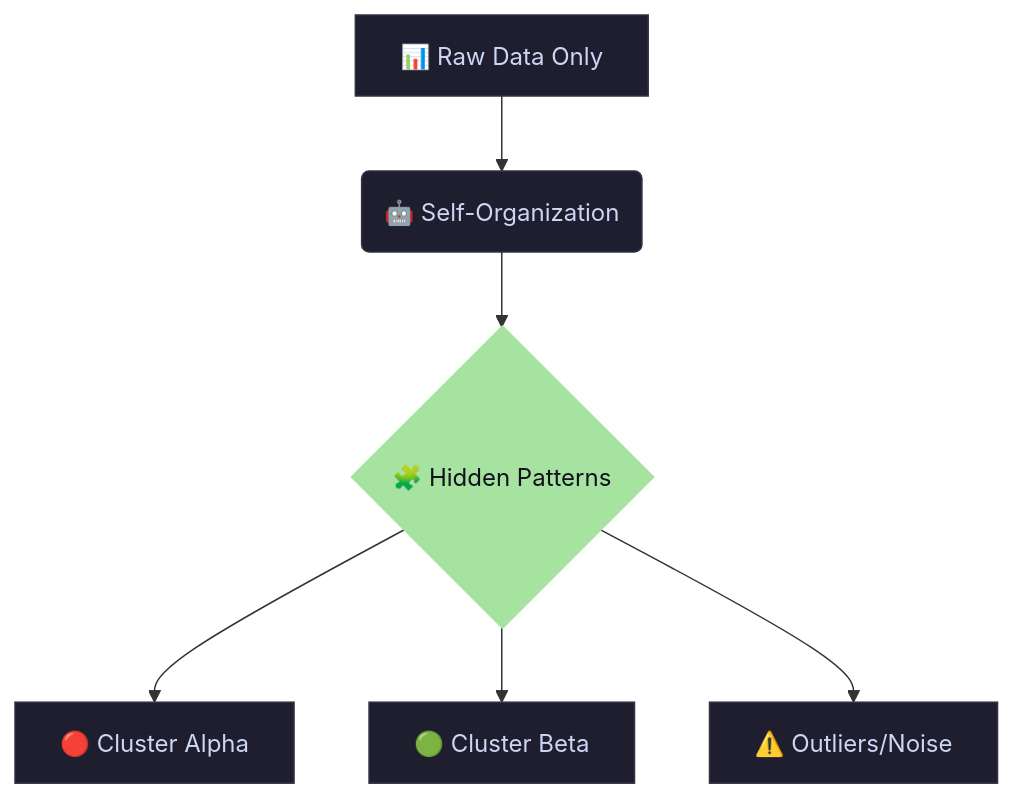
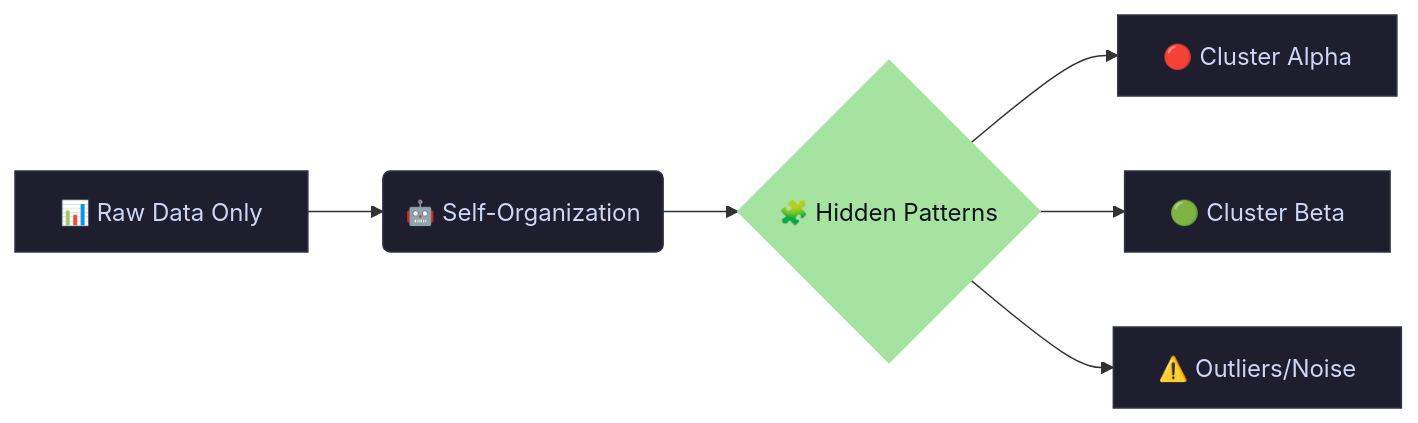
Before and after one commit to jingerlab/pibm_demo: the second of 2 diagrams in slides.md, drawn with Mermaid. The commit also changed other lines of this file, not shown here.

````diff
--- a/slides.md
+++ b/slides.md
@@ -141,15 +149,15 @@
 ```mermaid
-graph TD
+graph LR
     %% Define Theme Style
     classDef default fill:#1e1e2e,stroke:#313244,stroke-width:1px,color:#cdd6f4;
     classDef discovery fill:#a6e3a1,stroke:#a6e3a1,stroke-width:2px,color:#11111b;
     
     X[📊 Raw Data Only] --> Y(🤖 Self-Organization)
     Y --> Z{🧩 Hidden Patterns}
     
     Z --> Z1[🔴 Cluster Alpha]
     Z --> Z2[🟢 Cluster Beta]
     Z --> Z3[⚠️ Outliers/Noise]
     
     class Z discovery;
 ```
````
